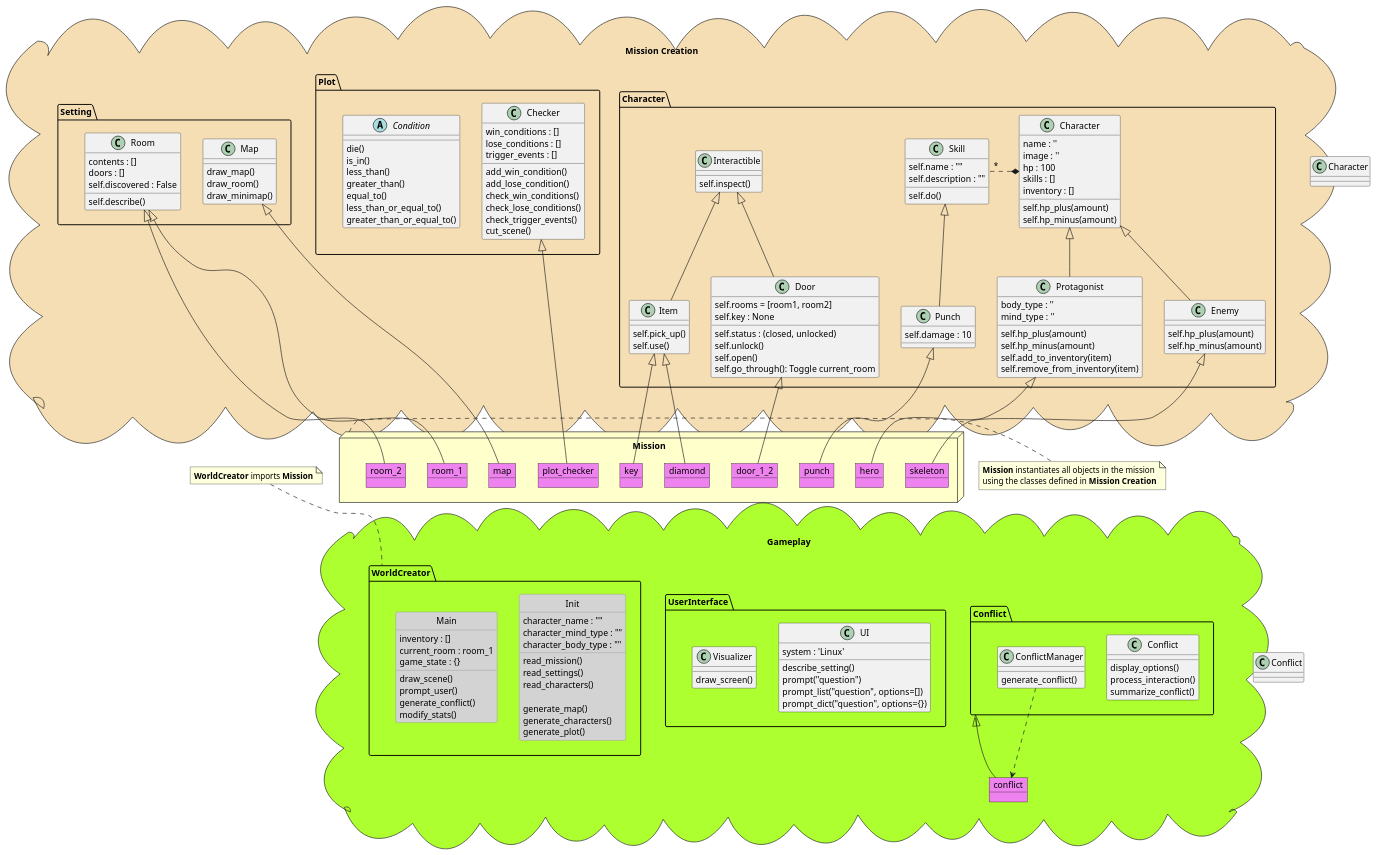
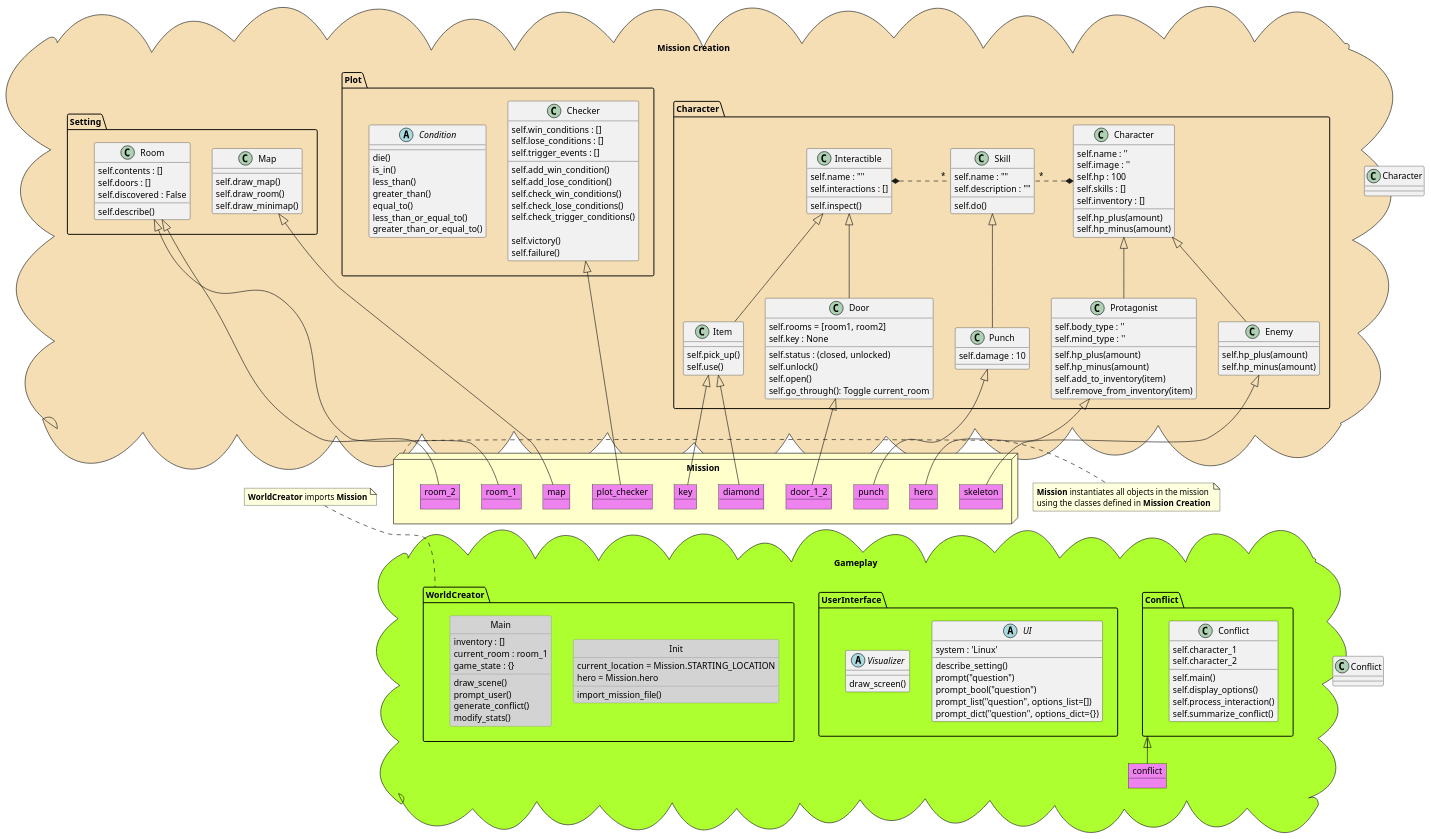
Before and after one commit to kiew-ay/Adventure: the diagram in doc/packages.puml, drawn with PlantUML. The commit also changed 1 other file, not shown here.

Commit message:
Added "Skill" class to packages.puml

```diff
--- a/doc/packages.puml
+++ b/doc/packages.puml
@@ -23,17 +23,17 @@
     package Character <<Folder>> {
         '----------------------------------
         class Character {
-            name : ''
-            image : ''
-            hp : 100
-            skills : []
-            inventory : []
+            self.name : ''
+            self.image : ''
+            self.hp : 100
+            self.skills : []
+            self.inventory : []
             self.hp_plus(amount)
             self.hp_minus(amount)
         }
         class Protagonist {
-            body_type : ''
-            mind_type : ''
+            self.body_type : ''
+            self.mind_type : ''
             self.hp_plus(amount)
             self.hp_minus(amount)
             self.add_to_inventory(item)
@@ -60,6 +60,8 @@
 
         '----------------------------------
         class Interactible {
+            self.name : ""
+            self.interactions : []
             self.inspect()
         }
         class Item {
@@ -75,6 +77,7 @@
             'toggle current_room between rooms in self.rooms
             self.go_through(): Toggle current_room
         }
+        Interactible *. "*" Skill
         Interactible <|-- Item
         Interactible <|-- Door
     }
@@ -82,32 +85,34 @@
     '_______________________________________________________________________________
     package Setting <<Folder>> {
         class Room {
-            contents : []
-            doors : []
+            self.contents : []
+            self.doors : []
             self.discovered : False
             self.describe()
         }
 
         class Map {
-            draw_map()
-            draw_room()
-            draw_minimap()
+            self.draw_map()
+            self.draw_room()
+            self.draw_minimap()
         }
     }
 
     '_______________________________________________________________________________
     package Plot <<Folder>> {
         class Checker {
-            win_conditions : []
-            lose_conditions : []
-            trigger_events : []
+            self.win_conditions : []
+            self.lose_conditions : []
+            self.trigger_events : []
 
-            add_win_condition()
-            add_lose_condition()
-            check_win_conditions()
-            check_lose_conditions()
-            check_trigger_events()
-            cut_scene()
+            self.add_win_condition()
+            self.add_lose_condition()
+            self.check_win_conditions()
+            self.check_lose_conditions()
+            self.check_trigger_conditions()
+
+            self.victory()
+            self.failure()
         }
 
         '----------------------------------
@@ -170,30 +175,34 @@
     '_______________________________________________________________________________
     package Conflict <<Folder>> {
         class Conflict {
-            display_options()
-            process_interaction()
-            summarize_conflict()
+            self.character_1
+            self.character_2
+            self.main()
+            self.display_options()
+            self.process_interaction()
+            self.summarize_conflict()
         }
 
-        class ConflictManager {
-            generate_conflict()
-        }
+        'class ConflictManager {
+        '    generate_conflict()
+        '}
     }
     object conflict
     Conflict <|-- conflict
-    ConflictManager ..> conflict
+    'ConflictManager ..> conflict
 
     '_______________________________________________________________________________
     package UserInterface <<Folder>> {
-        class UI {
+        abstract class UI {
             system : 'Linux'
             describe_setting()
             prompt("question")
-            prompt_list("question", options=[])
-            prompt_dict("question", options={})
+            prompt_bool("question")
+            prompt_list("question", options_list=[])
+            prompt_dict("question", options_dict={})
         }
 
-        class Visualizer {
+        abstract class Visualizer {
             draw_screen()
         }
     }
@@ -202,18 +211,11 @@
     package WorldCreator <<Folder>> {
         class Init <<Module>> {
             ' VARIABLES
-            character_name : ""
-            character_mind_type : ""
-            character_body_type : ""
+            current_location = Mission.STARTING_LOCATION
+            hero = Mission.hero
 
             ' METHODS
-            read_mission()
-            read_settings()
-            read_characters()
-            
-            generate_map()
-            generate_characters()
-            generate_plot()
+            import_mission_file()
         }
 
         '----------------------------------
```
